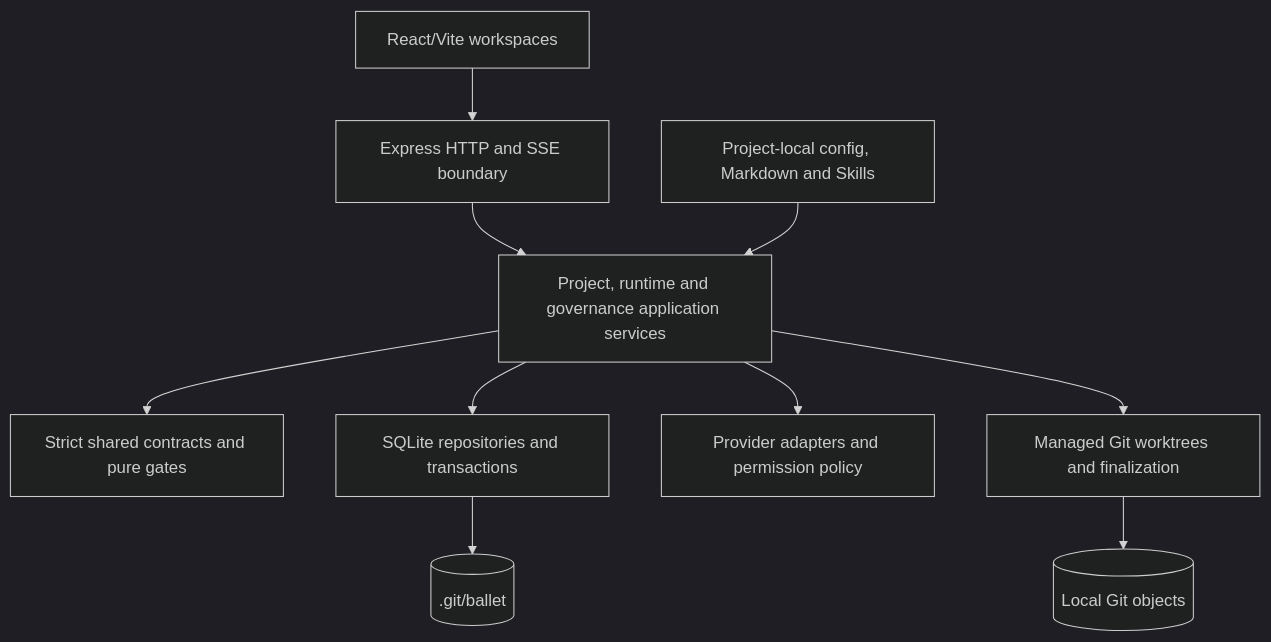
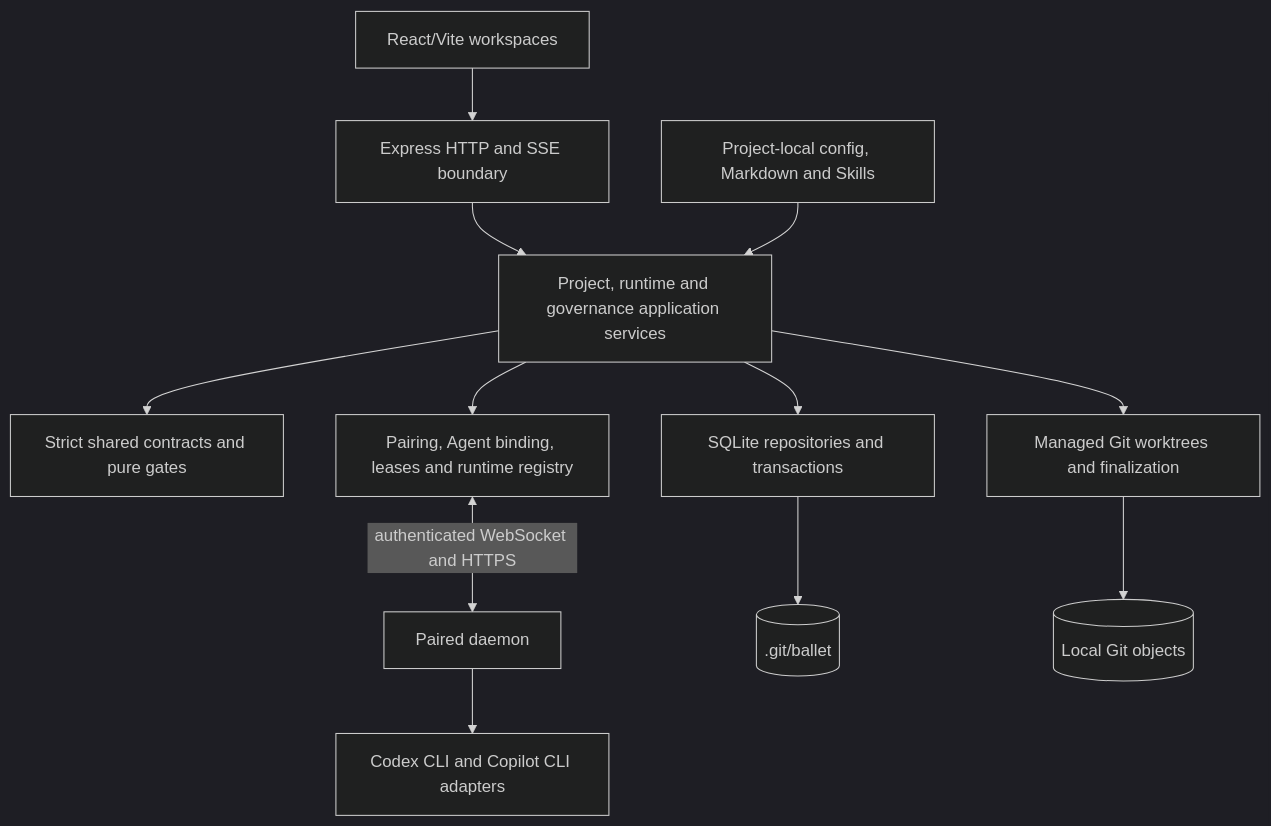
The second of 6 diagrams in ARCHITECTURE.md (isinisalo/ballet), drawn with Mermaid (dark theme) before and after one commit. The commit also changed other lines of this file and 243 other files, not shown here.

Commit message:
feat(orchestration): restore markdown agents and paired daemon

````diff
--- a/ARCHITECTURE.md
+++ b/ARCHITECTURE.md
@@ -47,12 +48,14 @@
 ```mermaid
 flowchart TB
   UI[React/Vite workspaces] --> HTTP[Express HTTP and SSE boundary]
   HTTP --> App[Project, runtime and governance application services]
   App --> Shared[Strict shared contracts and pure gates]
   App --> Persistence[SQLite repositories and transactions]
-  App --> Execution[Provider adapters and permission policy]
+  App --> ControlPlane[Pairing, Agent binding, leases and runtime registry]
+  ControlPlane <-->|authenticated WebSocket and HTTPS| Daemon[Paired daemon]
+  Daemon --> Execution[Codex CLI and Copilot CLI adapters]
   App --> Workspace[Managed Git worktrees and finalization]
   Project[Project-local config, Markdown and Skills] --> App
   Persistence --> Local[(.git/ballet)]
   Workspace --> Git[(Local Git objects)]
 ```
````
